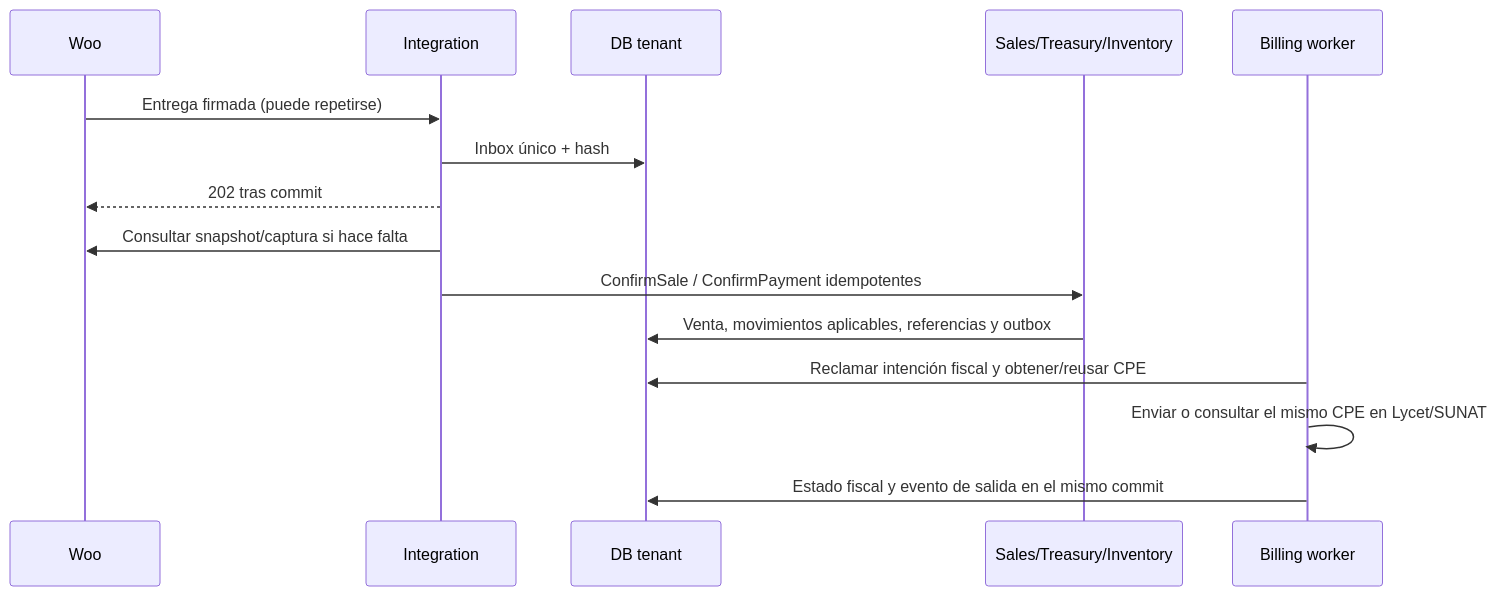
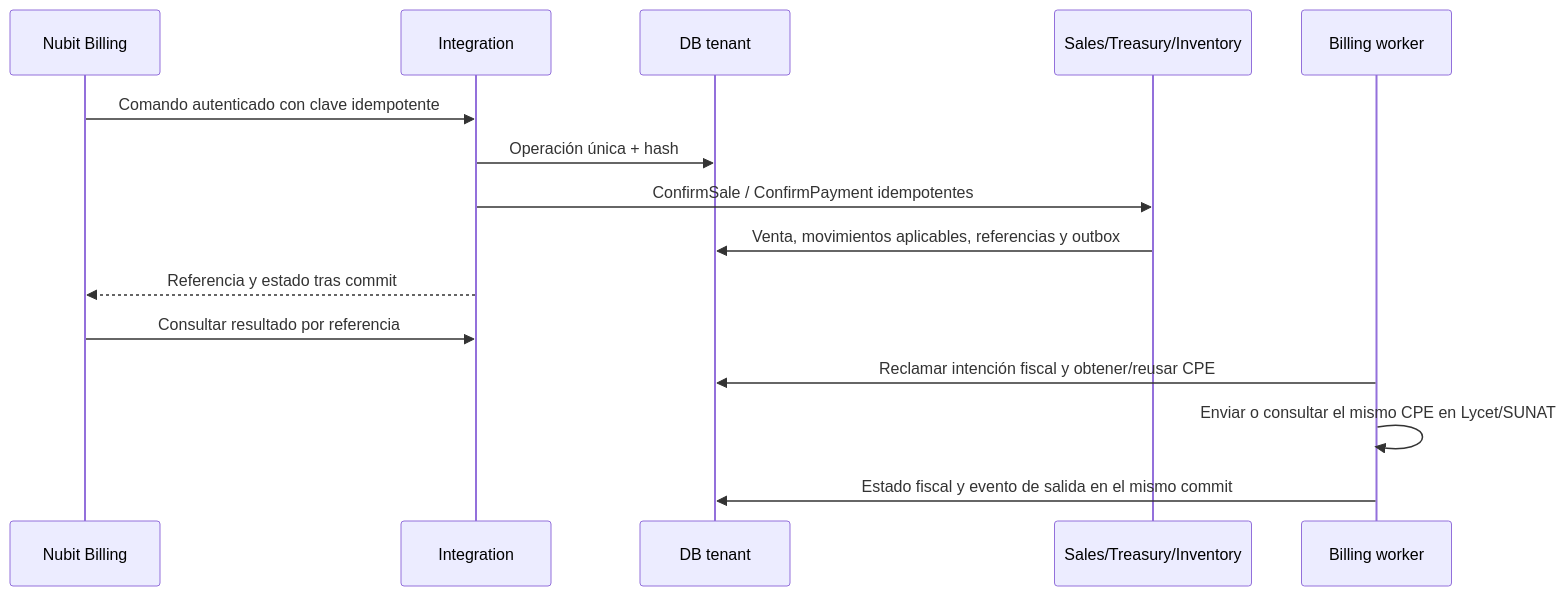
One commit to nubitio/nubit-erp changed the fifth of 5 diagrams in docs/architecture/omnichannel-sales-plan.md. Above: the diagram before and after it, drawn with Mermaid. The commit also changed other lines of this file and 10 other files, not shown here.

````diff
--- a/docs/architecture/omnichannel-sales-plan.md
+++ b/docs/architecture/omnichannel-sales-plan.md
@@ -240,17 +239,17 @@
 ```mermaid
 sequenceDiagram
-  participant W as Woo
+  participant W as Nubit Billing
   participant I as Integration
   participant D as DB tenant
   participant S as Sales/Treasury/Inventory
   participant B as Billing worker
-  W->>I: Entrega firmada (puede repetirse)
-  I->>D: Inbox único + hash
-  I-->>W: 202 tras commit
-  I->>W: Consultar snapshot/captura si hace falta
+  W->>I: Comando autenticado con clave idempotente
+  I->>D: Operación única + hash
   I->>S: ConfirmSale / ConfirmPayment idempotentes
   S->>D: Venta, movimientos aplicables, referencias y outbox
+  I-->>W: Referencia y estado tras commit
+  W->>I: Consultar resultado por referencia
   B->>D: Reclamar intención fiscal y obtener/reusar CPE
   B->>B: Enviar o consultar el mismo CPE en Lycet/SUNAT
   B->>D: Estado fiscal y evento de salida en el mismo commit
 ```
````
